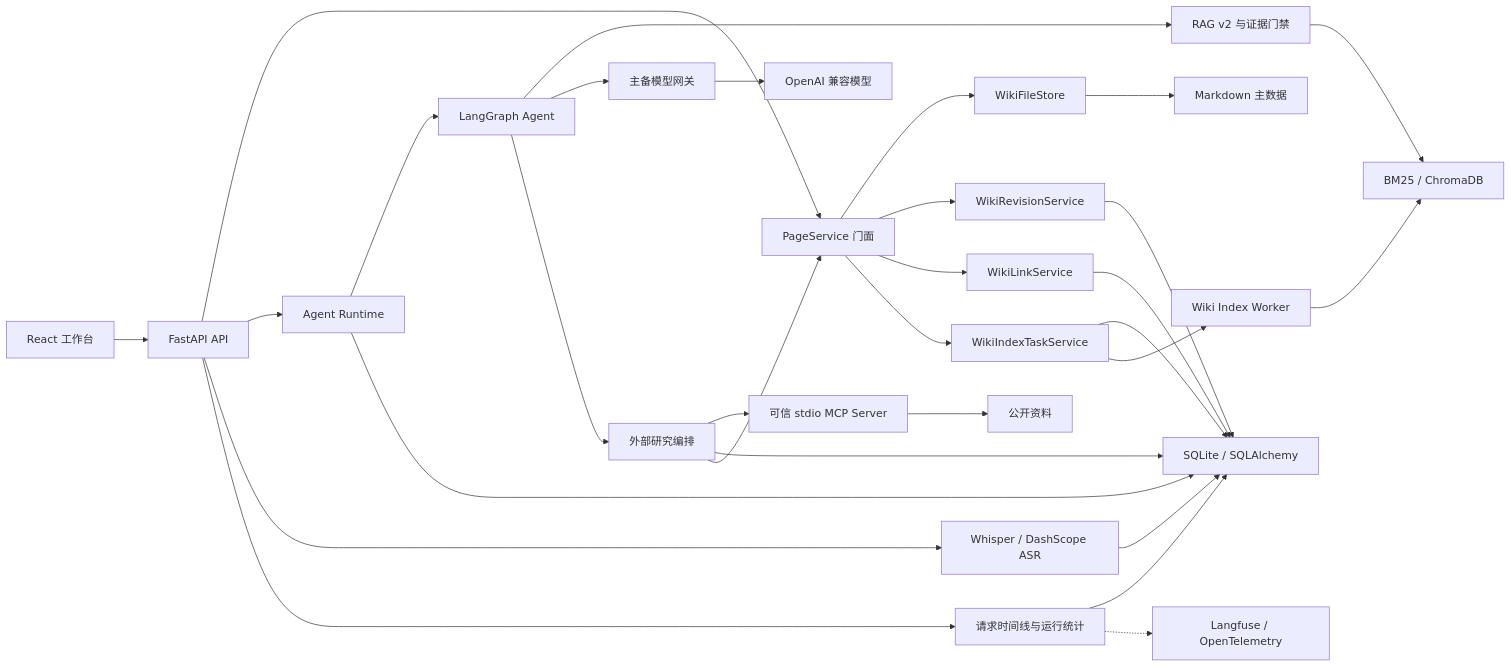
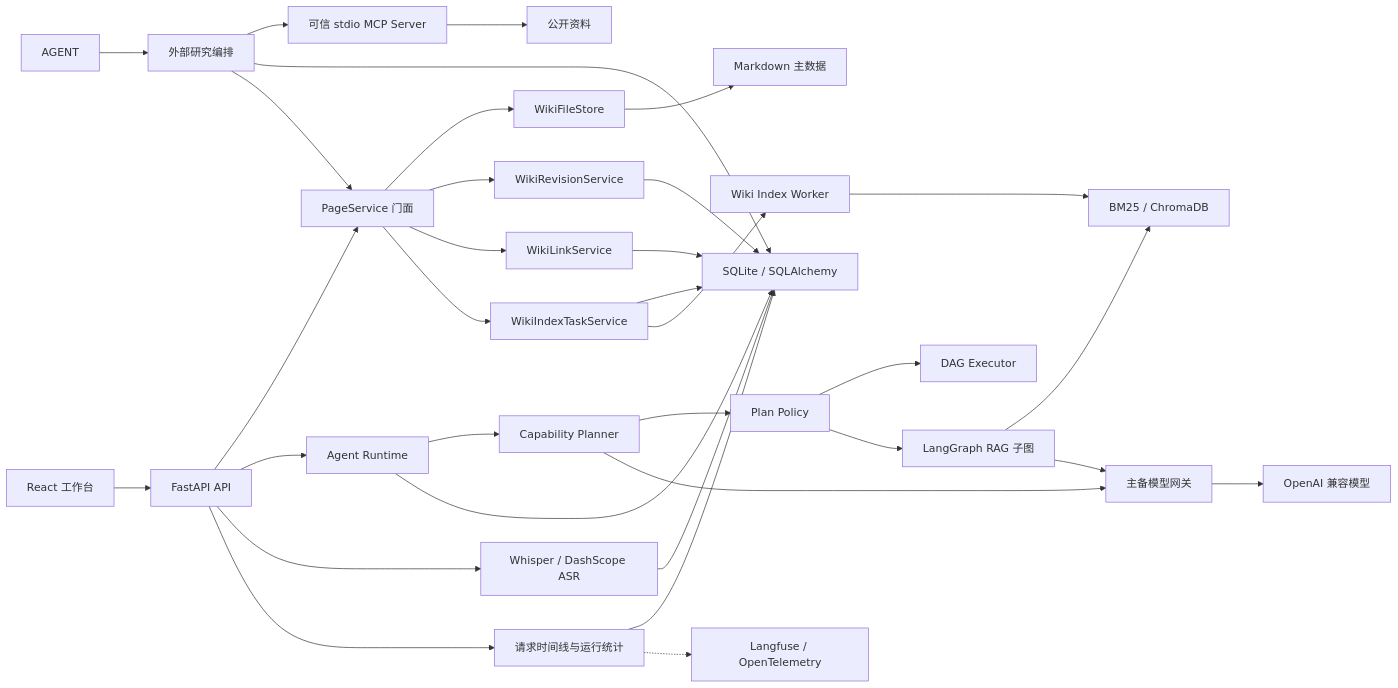
Before and after one commit to 3336-zheng/zhiyu-voice-assistant: the diagram in docs/architecture.md, drawn with Mermaid. The commit also changed other lines of this file and 15 other files, not shown here.

````diff
--- a/docs/architecture.md
+++ b/docs/architecture.md
@@ -11,32 +11,35 @@
 ```mermaid
 flowchart LR
     UI["React 工作台"] --> API["FastAPI API"]
     API --> PAGE["PageService 门面"]
     PAGE --> FILE["WikiFileStore"]
     PAGE --> REV["WikiRevisionService"]
     PAGE --> LINK["WikiLinkService"]
     PAGE --> TASK["WikiIndexTaskService"]
     FILE --> MD["Markdown 主数据"]
     REV --> DB["SQLite / SQLAlchemy"]
     LINK --> DB
     TASK --> DB
     TASK --> WORKER["Wiki Index Worker"]
     WORKER --> SEARCH["BM25 / ChromaDB"]
     API --> RUNTIME["Agent Runtime"]
-    RUNTIME --> AGENT["LangGraph Agent"]
+    RUNTIME --> PLANNER["Capability Planner"]
     RUNTIME --> DB
-    AGENT --> RETRIEVAL["RAG v2 与证据门禁"]
+    PLANNER --> POLICY["Plan Policy"]
+    POLICY --> EXECUTOR["DAG Executor"]
+    POLICY --> RETRIEVAL["LangGraph RAG 子图"]
     RETRIEVAL --> SEARCH
-    AGENT --> GATEWAY["主备模型网关"]
+    PLANNER --> GATEWAY["主备模型网关"]
+    RETRIEVAL --> GATEWAY
     GATEWAY --> LLM["OpenAI 兼容模型"]
     AGENT --> RESEARCH["外部研究编排"]
     RESEARCH --> MCP["可信 stdio MCP Server"]
     MCP --> WEB["公开资料"]
     RESEARCH --> DB
     RESEARCH --> PAGE
     API --> AUDIO["Whisper / DashScope ASR"]
     AUDIO --> DB
     API --> OBS["请求时间线与运行统计"]
     OBS --> DB
     OBS -.-> TRACE["Langfuse / OpenTelemetry"]
 ```
````
